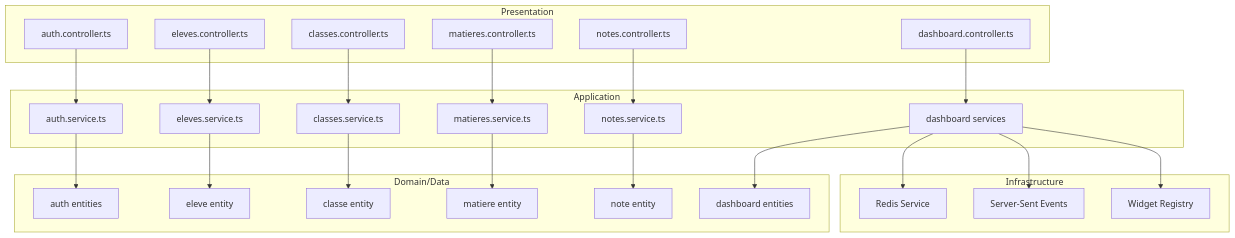
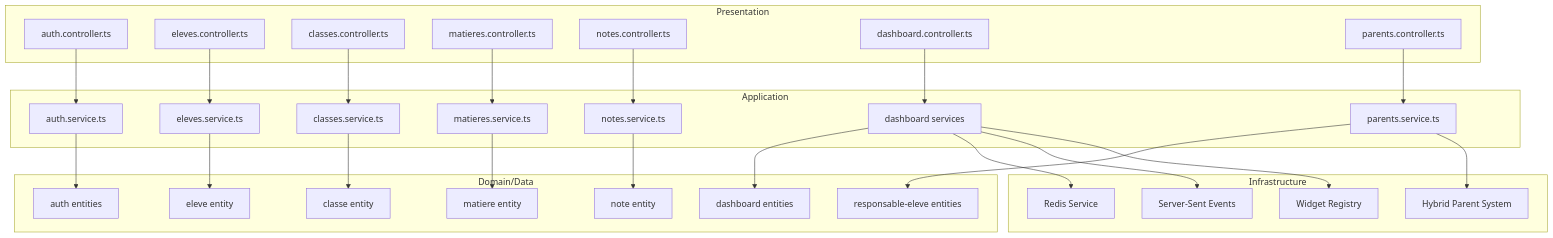
Before and after one commit to franckylab/eLISAschool: the second of 9 diagrams in .qoder/repowiki/en/content/Modules & Features/Modules & Features.md, drawn with Mermaid. The commit also changed other lines of this file and 33 other files, not shown here.

````diff
--- a/.qoder/repowiki/en/content/Modules & Features/Modules & Features.md
+++ b/.qoder/repowiki/en/content/Modules & Features/Modules & Features.md
@@ -142,47 +147,54 @@
 ```mermaid
 graph TB
 subgraph "Presentation"
 AC["auth.controller.ts"]
 EC["eleves.controller.ts"]
 CC["classes.controller.ts"]
 MC["matieres.controller.ts"]
 NC["notes.controller.ts"]
 DC["dashboard.controller.ts"]
+PC["parents.controller.ts"]
 end
 subgraph "Application"
 AS["auth.service.ts"]
 ES["eleves.service.ts"]
 CS["classes.service.ts"]
 MS["matieres.service.ts"]
 NS["notes.service.ts"]
 DS["dashboard services"]
+PS["parents.service.ts"]
 end
 subgraph "Domain/Data"
 AE["auth entities"]
 EE["eleve entity"]
 CE["classe entity"]
 ME["matiere entity"]
 NE["note entity"]
 DE["dashboard entities"]
+PE["responsable-eleve entities"]
 end
 subgraph "Infrastructure"
 RS["Redis Service"]
 SSE["Server-Sent Events"]
 WR["Widget Registry"]
+HP["Hybrid Parent System"]
 end
 AC --> AS
 EC --> ES
 CC --> CS
 MC --> MS
 NC --> NS
 DC --> DS
+PC --> PS
 AS --> AE
 ES --> EE
 CS --> CE
 MS --> ME
 NS --> NE
 DS --> DE
+PS --> PE
+PS --> HP
 DS --> RS
 DS --> SSE
 DS --> WR
 ```
````
